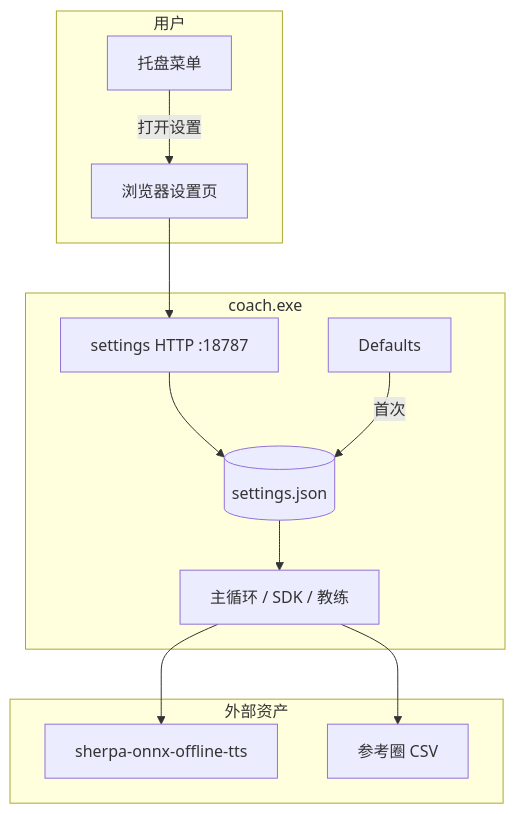
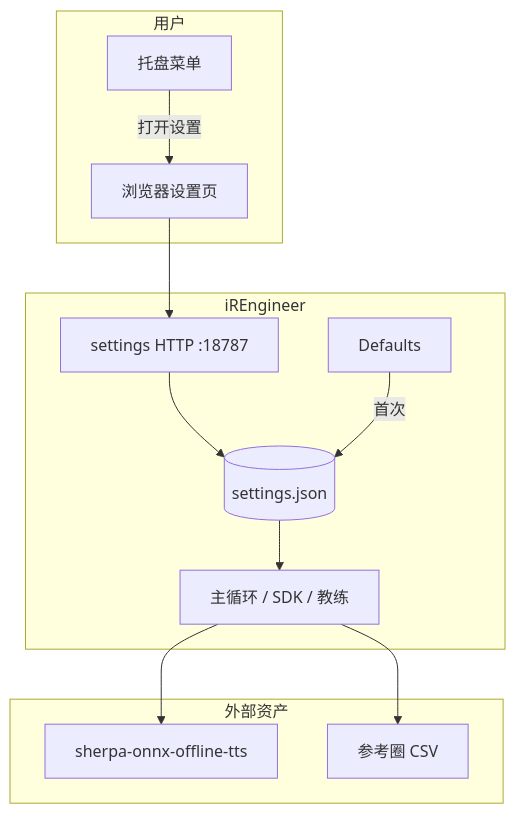
One commit to LKL1235/irengineer changed the diagram in docs/plans/2026-06-09-003-feat-settings-ui-sherpa-plan.md. Above: the diagram before and after it, drawn with Mermaid. The commit also changed other lines of this file and 16 other files, not shown here.

````diff
--- a/docs/plans/2026-06-09-003-feat-settings-ui-sherpa-plan.md
+++ b/docs/plans/2026-06-09-003-feat-settings-ui-sherpa-plan.md
@@ -66,24 +66,24 @@
 ```mermaid
 flowchart TB
   subgraph user [用户]
     TRAY[托盘菜单]
     BROWSER[浏览器设置页]
   end
-  subgraph coach [coach.exe]
+  subgraph coach [iREngineer]
     MAIN[主循环 / SDK / 教练]
     API[settings HTTP :18787]
     STORE[(settings.json)]
     DEF[Defaults]
   end
   subgraph external [外部资产]
     SH[sherpa-onnx-offline-tts]
     CSV[参考圈 CSV]
   end
   TRAY -->|打开设置| BROWSER
   BROWSER --> API
   API --> STORE
   STORE --> MAIN
   DEF -->|首次| STORE
   MAIN --> SH
   MAIN --> CSV
 ```
````
